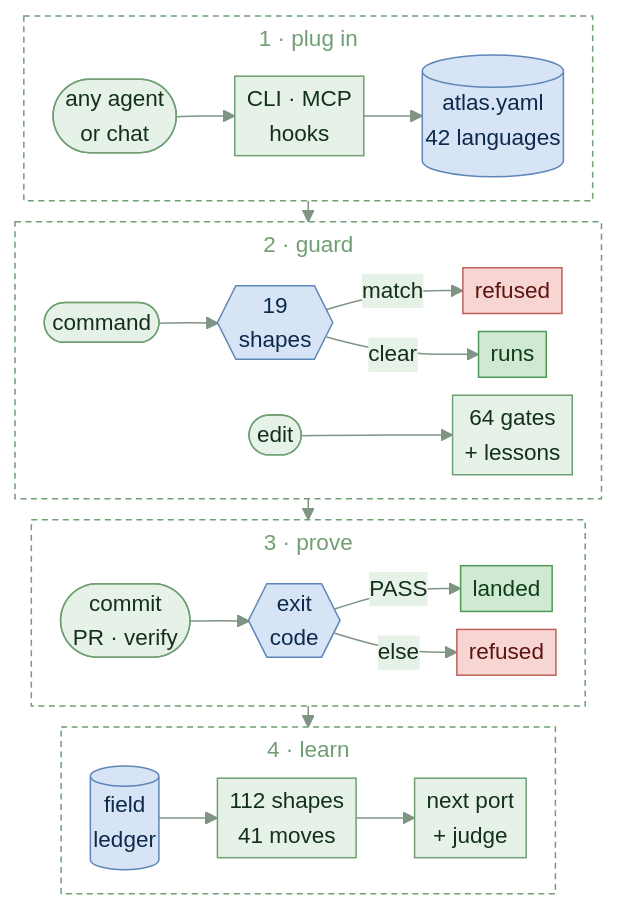
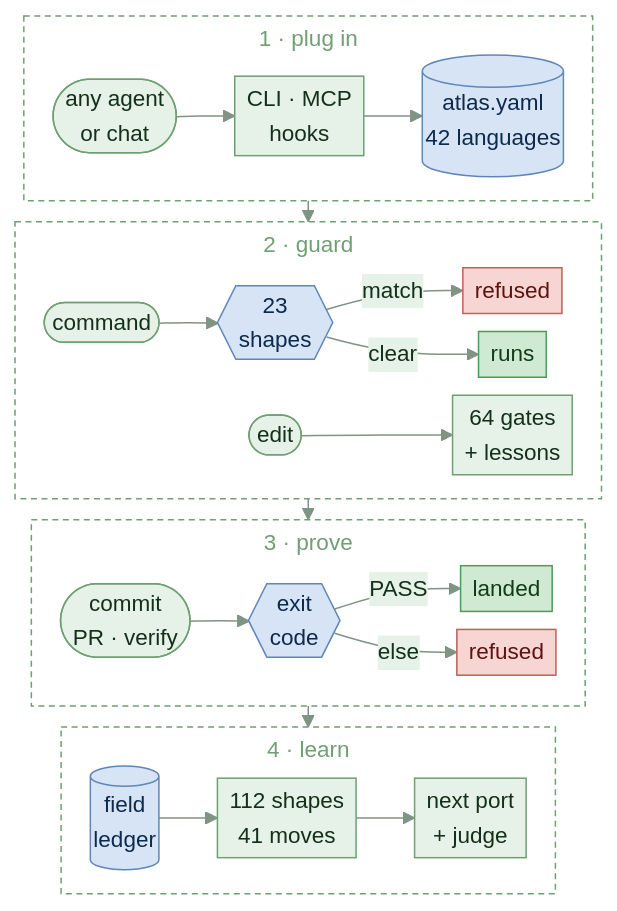
One commit to HLIntel/Headron changed the diagram in README.md. Above: the diagram before and after it, drawn with Mermaid. The commit also changed 5 other files, not shown here.

First line of the commit message:
shell shapes: one derived count for the verdict and the README diagram; changed_edge_cases is hermetic

````diff
--- a/README.md
+++ b/README.md
@@ -40,52 +40,52 @@
 ```mermaid
 ---
 config:
   theme: base
   themeVariables:
     primaryColor: "#e6f2e7"
     primaryBorderColor: "#6f9f73"
     primaryTextColor: "#14301a"
     lineColor: "#7f9483"
     titleColor: "#6f9f73"
     edgeLabelBackground: "#e6f2e7"
     fontSize: "15px"
   flowchart:
     subGraphTitleMargin: {top: 4, bottom: 6}
     padding: 4
     nodeSpacing: 12
     rankSpacing: 14
 ---
 flowchart TB
   accTitle: How Thea proves a change
   accDescr: any agent, chat or model plugs in, each file routes to its gates, hooks guard, the same gates prove at commit, in CI and in thea verify, anything but PASS is refused, every verdict is kept
   subgraph ask [1 · plug in]
     direction LR
     A([any agent<br>or chat]) --> I[CLI · MCP<br>hooks] --> D[(atlas.yaml<br>42 languages)]
   end
   subgraph guard [2 · guard]
     direction LR
-    S([command]) --> W{{19<br>shapes}}
+    S([command]) --> W{{23<br>shapes}}
     W -->|match| Y[refused]
     W -->|clear| O[runs]
     E([edit]) --> L[64 gates<br>+ lessons]
   end
   subgraph run [3 · prove]
     direction LR
     H([commit<br>PR · verify]) --> V{{exit<br>code}}
     V -->|PASS| M[landed]
     V -->|else| X[refused]
   end
   subgraph learn [4 · learn]
     direction LR
     Q[(field<br>ledger)] --> F[112 shapes<br>41 moves] --> N[next port<br>+ judge]
   end
   ask --> guard --> run --> learn
   classDef band fill:none,stroke:#6f9f73,stroke-dasharray:4 3
   class ask,guard,run,learn band
   classDef stop fill:#f6d5d2,stroke:#c0605a,color:#5c1410
   classDef go fill:#cfe9d2,stroke:#4f9a58,color:#103d17
   classDef store fill:#d6e4f5,stroke:#5f86b8,color:#0d2a4d
   class X,Y stop
   class M,O go
   class D,Q,V,W store
 ```
````
